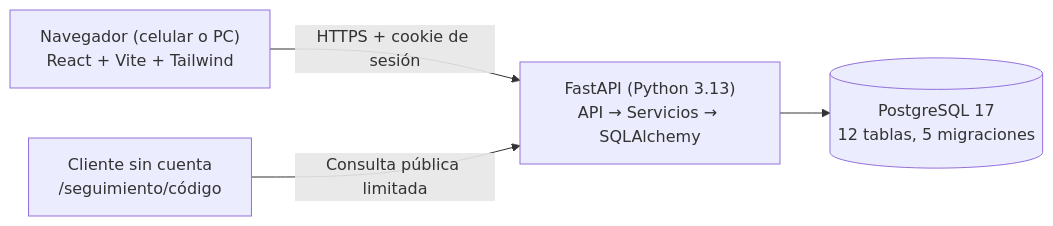
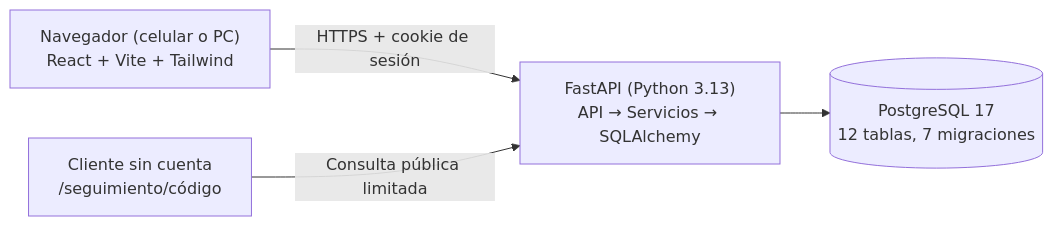
One commit to Johndark2001/Prototipo_Web_Para_Talleres_Mecanicos changed the diagram in docs/sustentacion/11-resumen-ejecutivo-sustentacion.md. Above: the diagram before and after it, drawn with Mermaid. The commit also changed other lines of this file and 31 other files, not shown here.

````diff
--- a/docs/sustentacion/11-resumen-ejecutivo-sustentacion.md
+++ b/docs/sustentacion/11-resumen-ejecutivo-sustentacion.md
@@ -60,6 +60,6 @@
 ```mermaid
 flowchart LR
     N["Navegador (celular o PC)<br/>React + Vite + Tailwind"] -- "HTTPS + cookie de sesión" --> A["FastAPI (Python 3.13)<br/>API → Servicios → SQLAlchemy"]
     C["Cliente sin cuenta<br/>/seguimiento/código"] -- "Consulta pública limitada" --> A
-    A --> D[("PostgreSQL 17<br/>12 tablas, 5 migraciones")]
+    A --> D[("PostgreSQL 17<br/>12 tablas, 7 migraciones")]
 ```
````
